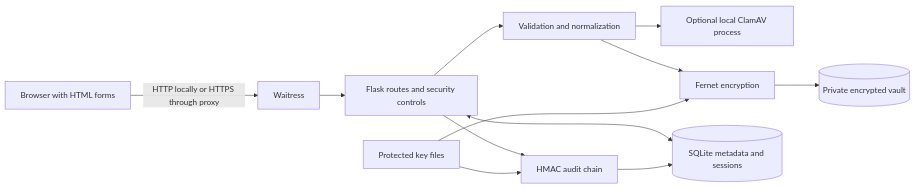
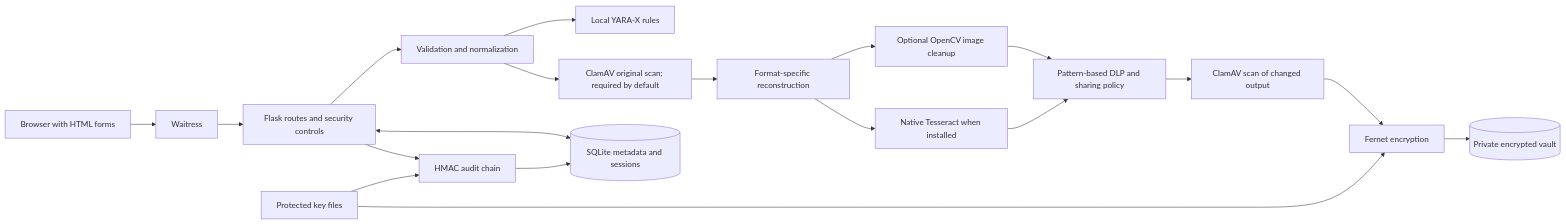
The first of 9 diagrams in docs/DIAGRAMS.md (abhishekk-y/Secure-File-Upload-System), drawn with Mermaid before and after one commit. The commit also changed other lines of this file and 48 other files, not shown here.

````diff
--- a/docs/DIAGRAMS.md
+++ b/docs/DIAGRAMS.md
@@ -7,14 +7,21 @@
 ```mermaid
 flowchart LR
-    B[Browser with HTML forms] -->|HTTP locally or HTTPS through proxy| W[Waitress]
+    B[Browser with HTML forms] --> W[Waitress]
     W --> A[Flask routes and security controls]
     A --> V[Validation and normalization]
-    V --> C[Optional local ClamAV process]
-    V --> E[Fernet encryption]
+    V --> Y[Local YARA-X rules]
+    V --> C[ClamAV original scan; required by default]
+    C --> X[Format-specific reconstruction]
+    X --> O[Optional OpenCV image cleanup]
+    X --> T[Native Tesseract when installed]
+    O --> P[Pattern-based DLP and sharing policy]
+    T --> P
+    P --> C2[ClamAV scan of changed output]
+    C2 --> E[Fernet encryption]
     E --> F[(Private encrypted vault)]
     A <--> D[(SQLite metadata and sessions)]
     A --> L[HMAC audit chain]
     L --> D
     K[Protected key files] --> E
     K --> L
 ```
````
